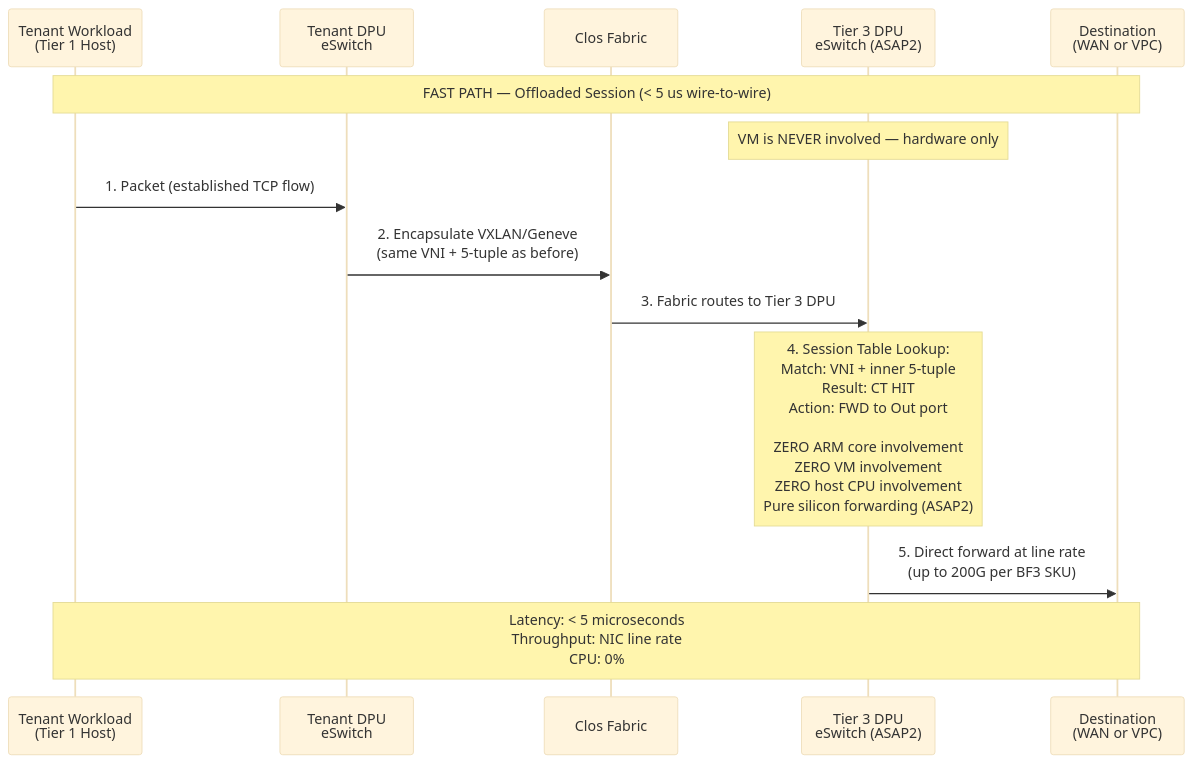
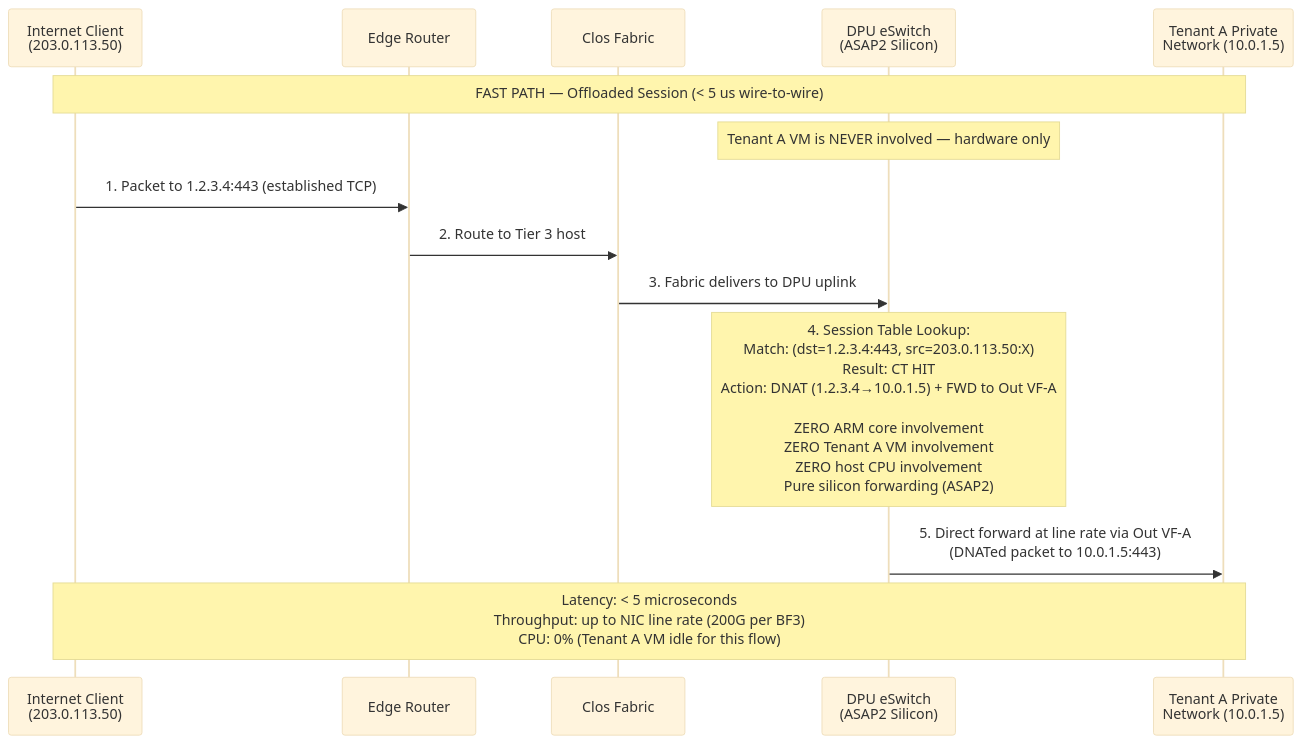
Before and after one commit to mara-baysn/technicolor-haze-prism: the second of 11 diagrams in docs/ARCHITECTURE.md, drawn with Mermaid (base theme). The commit also changed other lines of this file, not shown here.

First line of the commit message:
docs: rewrite ARCHITECTURE.md — all sections now per-tenant VM model

````diff
--- a/docs/ARCHITECTURE.md
+++ b/docs/ARCHITECTURE.md
@@ -185,21 +203,21 @@
 ```mermaid
 sequenceDiagram
-    participant TW as Tenant Workload<br/>(Tier 1 Host)
-    participant TDPU as Tenant DPU<br/>eSwitch
+    participant INT as Internet Client<br/>(203.0.113.50)
+    participant EDGE as Edge Router
     participant FAB as Clos Fabric
-    participant T3ESW as Tier 3 DPU<br/>eSwitch (ASAP2)
-    participant DEST as Destination<br/>(WAN or VPC)
+    participant ESW as DPU eSwitch<br/>(ASAP2 Silicon)
+    participant TNET as Tenant A Private<br/>Network (10.0.1.5)
 
-    Note over TW,DEST: FAST PATH — Offloaded Session (< 5 us wire-to-wire)
-    Note over T3ESW: VM is NEVER involved — hardware only
+    Note over INT,TNET: FAST PATH — Offloaded Session (< 5 us wire-to-wire)
+    Note over ESW: Tenant A VM is NEVER involved — hardware only
 
-    TW->>TDPU: 1. Packet (established TCP flow)
-    TDPU->>FAB: 2. Encapsulate VXLAN/Geneve<br/>(same VNI + 5-tuple as before)
-    FAB->>T3ESW: 3. Fabric routes to Tier 3 DPU
+    INT->>EDGE: 1. Packet to 1.2.3.4:443 (established TCP)
+    EDGE->>FAB: 2. Route to Tier 3 host
+    FAB->>ESW: 3. Fabric delivers to DPU uplink
 
-    Note over T3ESW: 4. Session Table Lookup:<br/>Match: VNI + inner 5-tuple<br/>Result: CT HIT<br/>Action: FWD to Out port<br/><br/>ZERO ARM core involvement<br/>ZERO VM involvement<br/>ZERO host CPU involvement<br/>Pure silicon forwarding (ASAP2)
+    Note over ESW: 4. Session Table Lookup:<br/>Match: (dst=1.2.3.4:443, src=203.0.113.50:X)<br/>Result: CT HIT<br/>Action: DNAT (1.2.3.4→10.0.1.5) + FWD to Out VF-A<br/><br/>ZERO ARM core involvement<br/>ZERO Tenant A VM involvement<br/>ZERO host CPU involvement<br/>Pure silicon forwarding (ASAP2)
 
-    T3ESW->>DEST: 5. Direct forward at line rate<br/>(up to 200G per BF3 SKU)
+    ESW->>TNET: 5. Direct forward at line rate via Out VF-A<br/>(DNATed packet to 10.0.1.5:443)
 
-    Note over TW,DEST: Latency: < 5 microseconds<br/>Throughput: NIC line rate<br/>CPU: 0%
+    Note over INT,TNET: Latency: < 5 microseconds<br/>Throughput: up to NIC line rate (200G per BF3)<br/>CPU: 0% (Tenant A VM idle for this flow)
 ```
````
